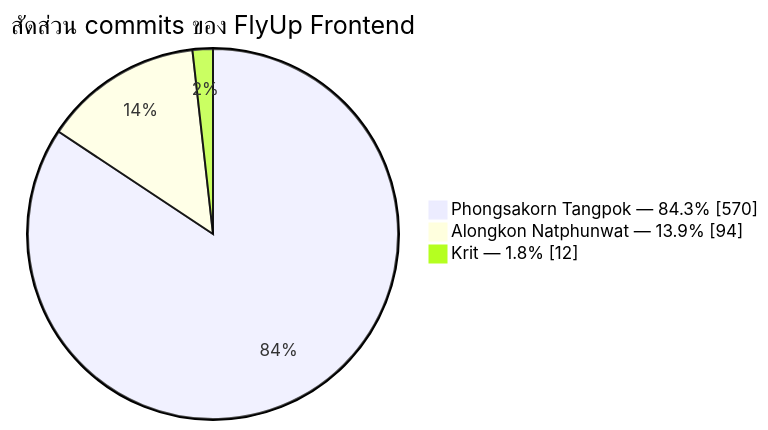
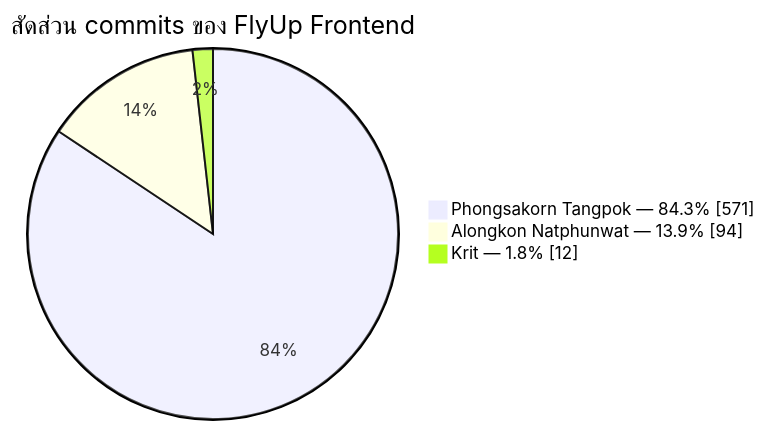
Before and after one commit to 3oomm/flyup: the second of 2 diagrams in README.md, drawn with Mermaid. The commit also changed other lines of this file, not shown here.

````diff
--- a/README.md
+++ b/README.md
@@ -212,7 +212,7 @@
 ```mermaid
 pie showData
     title สัดส่วน commits ของ FlyUp Frontend
-    "Phongsakorn Tangpok — 84.3%" : 570
+    "Phongsakorn Tangpok — 84.3%" : 571
     "Alongkon Natphunwat — 13.9%" : 94
     "Krit — 1.8%" : 12
 ```
````
